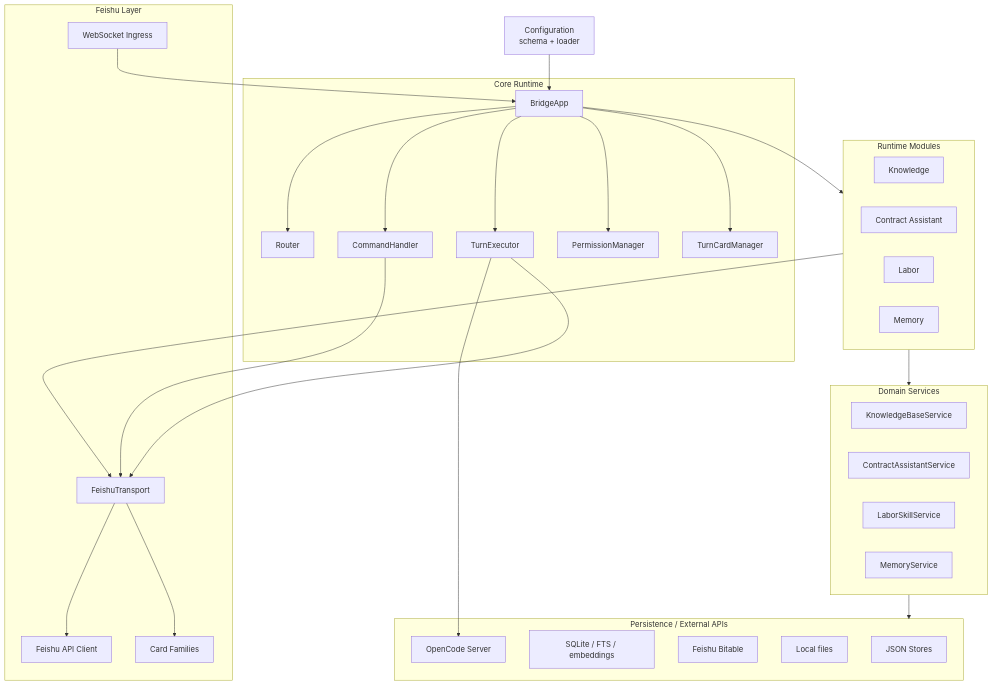
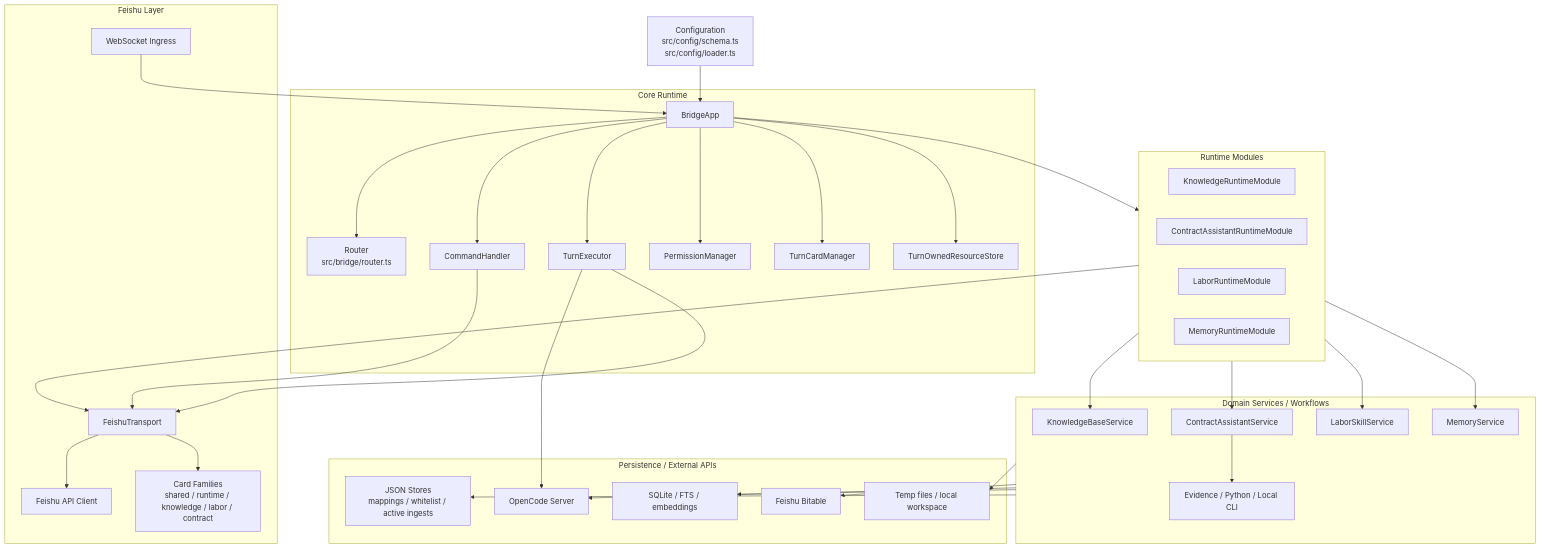
The second of 2 diagrams in README.en.md (Clukay-Fun/feishu-opencode-bridge), drawn with Mermaid before and after one commit. The commit also changed other lines of this file, not shown here.

````diff
--- a/README.en.md
+++ b/README.en.md
@@ -64,59 +82,72 @@
 ```mermaid
 flowchart TB
-    config["Configuration<br/>schema + loader"]
+    config["Configuration<br/>src/config/schema.ts<br/>src/config/loader.ts"]
 
     subgraph feishu["Feishu Layer"]
       ws["WebSocket Ingress"]
       api["Feishu API Client"]
       transport["FeishuTransport"]
-      cards["Card Families"]
+      cardFamilies["Card Families<br/>shared / runtime / knowledge / labor / contract"]
     end
 
     subgraph core["Core Runtime"]
       app["BridgeApp"]
-      router["Router"]
+      router["Router<br/>src/bridge/router.ts"]
       command["CommandHandler"]
       executor["TurnExecutor"]
       permission["PermissionManager"]
       turnCards["TurnCardManager"]
+      resources["TurnOwnedResourceStore"]
     end
 
     subgraph modules["Runtime Modules"]
-      knowledgeModule["Knowledge"]
-      contractModule["Contract Assistant"]
-      laborModule["Labor"]
-      memoryModule["Memory"]
+      knowledgeModule["KnowledgeRuntimeModule"]
+      contractModule["ContractAssistantRuntimeModule"]
+      laborModule["LaborRuntimeModule"]
+      memoryModule["MemoryRuntimeModule"]
     end
 
-    subgraph services["Domain Services"]
+    subgraph services["Domain Services / Workflows"]
       knowledge["KnowledgeBaseService"]
       contract["ContractAssistantService"]
       labor["LaborSkillService"]
       memory["MemoryService"]
+      workflow["Evidence / Python / Local CLI"]
     end
 
     subgraph persistence["Persistence / External APIs"]
-      json["JSON Stores"]
+      json["JSON Stores<br/>mappings / whitelist / active ingests"]
       sqlite["SQLite / FTS / embeddings"]
       bitable["Feishu Bitable"]
-      files["Local files"]
+      files["Temp files / local workspace"]
       opencode["OpenCode Server"]
     end
 
     config --> app
     ws --> app
     app --> router
     app --> command
     app --> executor
     app --> permission
     app --> turnCards
+    app --> resources
     app --> modules
+
     command --> transport
     executor --> opencode
     executor --> transport
     modules --> transport
     transport --> api
-    transport --> cards
-    modules --> services
-    services --> persistence
+    transport --> cardFamilies
+
+    modules --> knowledge
+    modules --> contract
+    modules --> labor
+    modules --> memory
+    services --> json
+    services --> sqlite
+    services --> bitable
+    services --> files
+    services --> opencode
+    contract --> workflow
 ```
````
